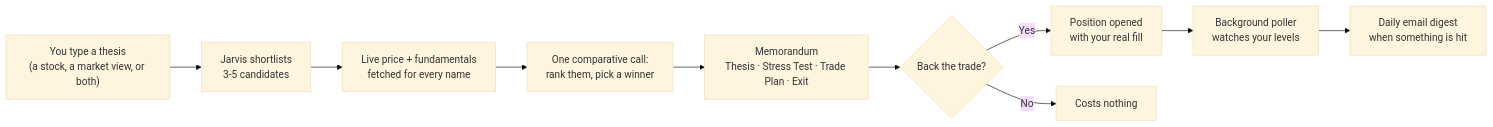
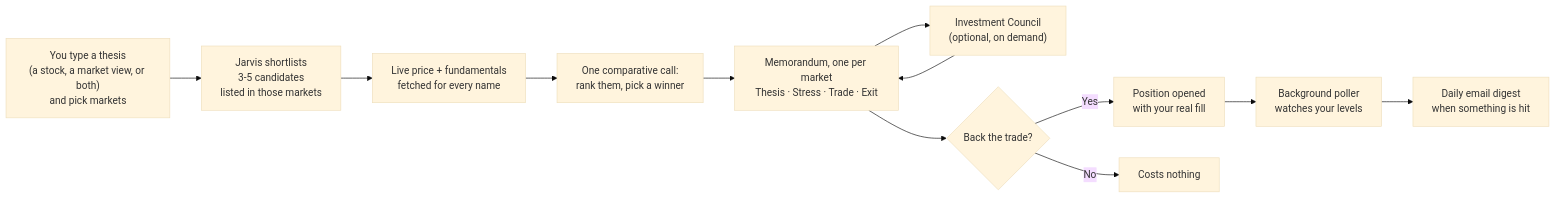
One commit to harshf15-code/Jarvis_Investment_Thesis_Validator changed the first of 2 diagrams in README.md. Above: the diagram before and after it, drawn with Mermaid (base theme). The commit also changed other lines of this file and 23 other files, not shown here.

````diff
--- a/README.md
+++ b/README.md
@@ -41,12 +43,14 @@
 ```mermaid
 flowchart LR
-    A["You type a thesis<br/>(a stock, a market view, or both)"] --> B[Jarvis shortlists<br/>3-5 candidates]
+    A["You type a thesis<br/>(a stock, a market view, or both)<br/>and pick markets"] --> B[Jarvis shortlists<br/>3-5 candidates<br/>listed in those markets]
     B --> C[Live price + fundamentals<br/>fetched for every name]
     C --> D[One comparative call:<br/>rank them, pick a winner]
-    D --> E["Memorandum<br/>Thesis · Stress Test · Trade Plan · Exit"]
+    D --> E["Memorandum, one per market<br/>Thesis · Stress · Trade · Exit"]
+    E --> K["Investment Council<br/>(optional, on demand)"]
+    K --> E
     E --> F{Back the trade?}
     F -->|Yes| G[Position opened<br/>with your real fill]
     F -->|No| H[Costs nothing]
     G --> I[Background poller<br/>watches your levels]
     I --> J[Daily email digest<br/>when something is hit]
 ```
````
